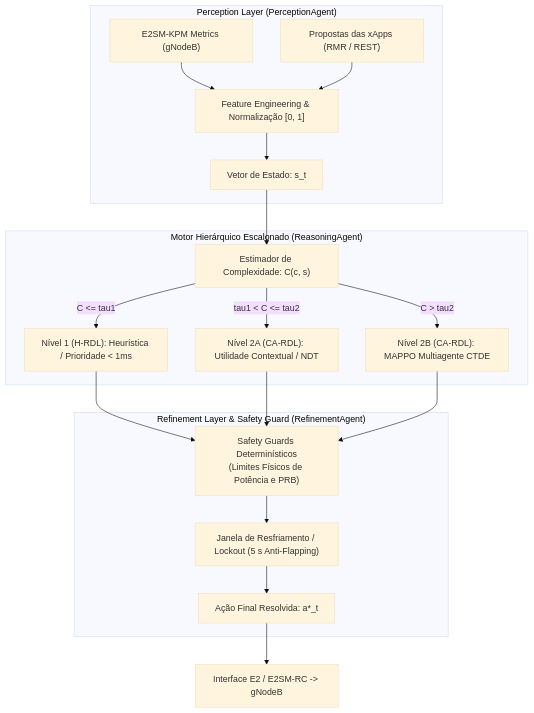
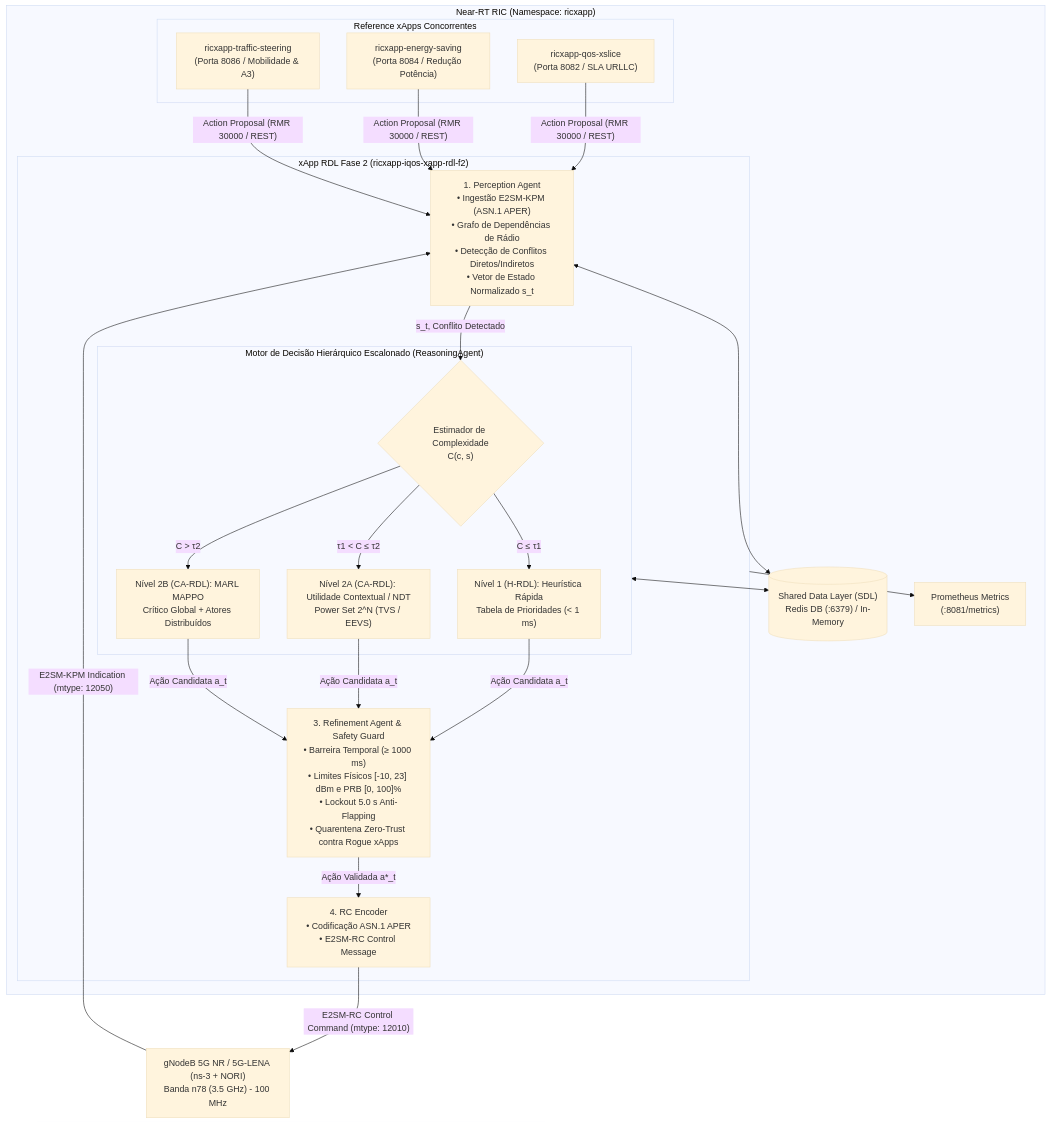
One commit to georgebarbosa3090/XApp-RDL-F2 changed the diagram in docs/01_arquitetura_e_modelagem_matematica.md. Above: the diagram before and after it, drawn with Mermaid (base theme). The commit also changed other lines of this file and 3 other files, not shown here.

````diff
--- a/docs/01_arquitetura_e_modelagem_matematica.md
+++ b/docs/01_arquitetura_e_modelagem_matematica.md
@@ -14,25 +37,51 @@
 ```mermaid
 graph TD
-    subgraph Perception_Layer["Perception Layer (PerceptionAgent)"]
-        E2["E2SM-KPM Metrics (gNodeB)"] --> FE["Feature Engineering & Normalização [0, 1]"]
-        XAPP_IN["Propostas das xApps (RMR / REST)"] --> FE
-        FE --> S_T["Vetor de Estado: s_t"]
+    subgraph Near_RT_RIC["Near-RT RIC (Namespace: ricxapp)"]
+        subgraph XAPPS["Reference xApps Concorrentes"]
+            X1["ricxapp-qos-xslice<br/>(Porta 8082 / SLA URLLC)"]
+            X2["ricxapp-energy-saving<br/>(Porta 8084 / Redução Potência)"]
+            X3["ricxapp-traffic-steering<br/>(Porta 8086 / Mobilidade &amp; A3)"]
+        end
+
+        subgraph RDL_F2["xApp RDL Fase 2 (ricxapp-iqos-xapp-rdl-f2)"]
+            PA["1. Perception Agent<br/>• Ingestão E2SM-KPM (ASN.1 APER)<br/>• Grafo de Dependências de Rádio<br/>• Detecção de Conflitos Diretos/Indiretos<br/>• Vetor de Estado Normalizado s_t"]
+            
+            subgraph Engine["Motor de Decisão Hierárquico Escalonado (ReasoningAgent)"]
+                COMP{"Estimador de Complexidade<br/>C(c, s)"}
+                RA1["Nível 1 (H-RDL): Heurística Rápida<br/>Tabela de Prioridades (&lt; 1 ms)"]
+                RA2["Nível 2A (CA-RDL): Utilidade Contextual / NDT<br/>Power Set 2^N (TVS / EEVS)"]
+                RA3["Nível 2B (CA-RDL): MARL MAPPO<br/>Crítico Global + Atores Distribuídos"]
+            end
+            
+            RE["3. Refinement Agent &amp; Safety Guard<br/>• Barreira Temporal (&ge; 1000 ms)<br/>• Limites Físicos [-10, 23] dBm e PRB [0, 100]%<br/>• Lockout 5.0 s Anti-Flapping<br/>• Quarentena Zero-Trust contra Rogue xApps"]
+            
+            RC["4. RC Encoder<br/>• Codificação ASN.1 APER<br/>• E2SM-RC Control Message"]
+        end
+
+        SDL[("Shared Data Layer (SDL)<br/>Redis DB (:6379) / In-Memory")]
+        PROM["Prometheus Metrics<br/>(:8081/metrics)"]
     end
 
-    subgraph Hierarchy["Motor Hierárquico Escalonado (ReasoningAgent)"]
-        S_T --> COMP["Estimador de Complexidade: C(c, s)"]
-        COMP -->|C <= tau1| L1["Nível 1 (H-RDL): Heurística / Prioridade < 1ms"]
-        COMP -->|tau1 < C <= tau2| L2["Nível 2A (CA-RDL): Utilidade Contextual / NDT"]
-        COMP -->|C > tau2| L3["Nível 2B (CA-RDL): MAPPO Multiagente CTDE"]
-    end
+    gNB["gNodeB 5G NR / 5G-LENA (ns-3 + NORI)<br/>Banda n78 (3.5 GHz) - 100 MHz"]
 
-    subgraph Refinement_Layer["Refinement Layer & Safety Guard (RefinementAgent)"]
-        L1 --> SG["Safety Guards Determinísticos<br/>(Limites Físicos de Potência e PRB)"]
-        L2 --> SG
-        L3 --> SG
-        SG --> LOCKOUT["Janela de Resfriamento / Lockout (5 s Anti-Flapping)"]
-        LOCKOUT --> HARMONIZED["Ação Final Resolvida: a*_t"]
-    end
-
-    HARMONIZED --> E2_OUT["Interface E2 / E2SM-RC -> gNodeB"]
+    gNB -->|"E2SM-KPM Indication (mtype: 12050)"| PA
+    X1 -->|"Action Proposal (RMR 30000 / REST)"| PA
+    X2 -->|"Action Proposal (RMR 30000 / REST)"| PA
+    X3 -->|"Action Proposal (RMR 30000 / REST)"| PA
+    
+    PA -->|"s_t, Conflito Detectado"| COMP
+    COMP -->|"C &le; &tau;1"| RA1
+    COMP -->|"&tau;1 &lt; C &le; &tau;2"| RA2
+    COMP -->|"C &gt; &tau;2"| RA3
+    
+    RA1 -->|"Ação Candidata a_t"| RE
+    RA2 -->|"Ação Candidata a_t"| RE
+    RA3 -->|"Ação Candidata a_t"| RE
+    
+    RE -->|"Ação Validada a*_t"| RC
+    RC -->|"E2SM-RC Control Command (mtype: 12010)"| gNB
+    
+    PA <--> SDL
+    Engine <--> SDL
+    RDL_F2 --> PROM
 ```
````
